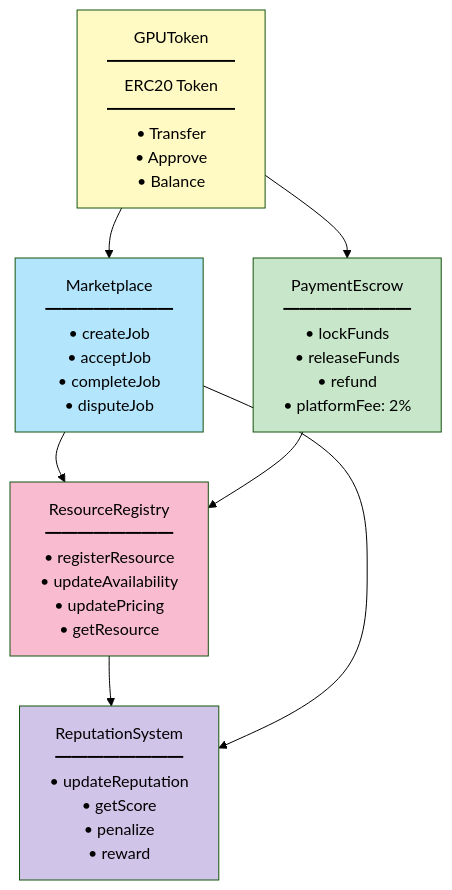
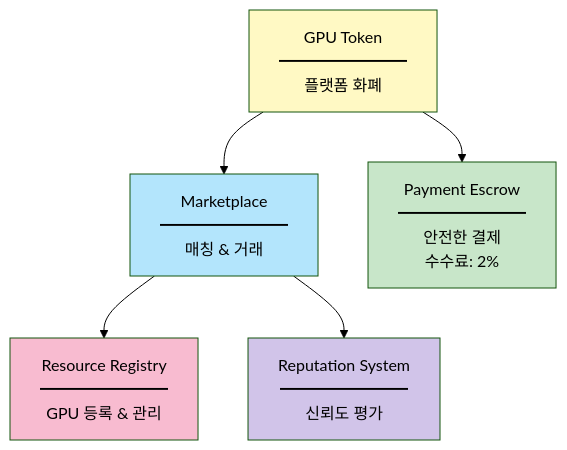
One commit to nubro999/riverbandMVP changed the third of 12 diagrams in README.md. Above: the diagram before and after it, drawn with Mermaid (forest theme). The commit also changed other lines of this file and 2 other files, not shown here.

````diff
--- a/README.md
+++ b/README.md
@@ -280,22 +134,18 @@
 ```mermaid
 graph TD
-    Token[GPUToken<br/>━━━━━━━━<br/>ERC20 Token<br/>━━━━━━━━<br/>• Transfer<br/>• Approve<br/>• Balance]
+    Token[GPU Token<br/>━━━━━━━━<br/>플랫폼 화폐]
     
-    Token --> Market[Marketplace<br/>━━━━━━━━<br/>• createJob<br/>• acceptJob<br/>• completeJob<br/>• disputeJob]
+    Token --> Market[Marketplace<br/>━━━━━━━━<br/>매칭 & 거래]
     
-    Token --> Escrow[PaymentEscrow<br/>━━━━━━━━<br/>• lockFunds<br/>• releaseFunds<br/>• refund<br/>• platformFee: 2%]
+    Token --> Escrow[Payment Escrow<br/>━━━━━━━━<br/>안전한 결제<br/>수수료: 2%]
     
-    Market --> Registry[ResourceRegistry<br/>━━━━━━━━<br/>• registerResource<br/>• updateAvailability<br/>• updatePricing<br/>• getResource]
+    Market --> Registry[Resource Registry<br/>━━━━━━━━<br/>GPU 등록 & 관리]
     
-    Escrow --> Registry
-    
-    Registry --> Reputation[ReputationSystem<br/>━━━━━━━━<br/>• updateReputation<br/>• getScore<br/>• penalize<br/>• reward]
-    
-    Market --> Reputation
+    Market --> Reputation[Reputation System<br/>━━━━━━━━<br/>신뢰도 평가]
     
     style Token fill:#fff9c4
     style Market fill:#b3e5fc
     style Escrow fill:#c8e6c9
     style Registry fill:#f8bbd0
     style Reputation fill:#d1c4e9
 ```
````
